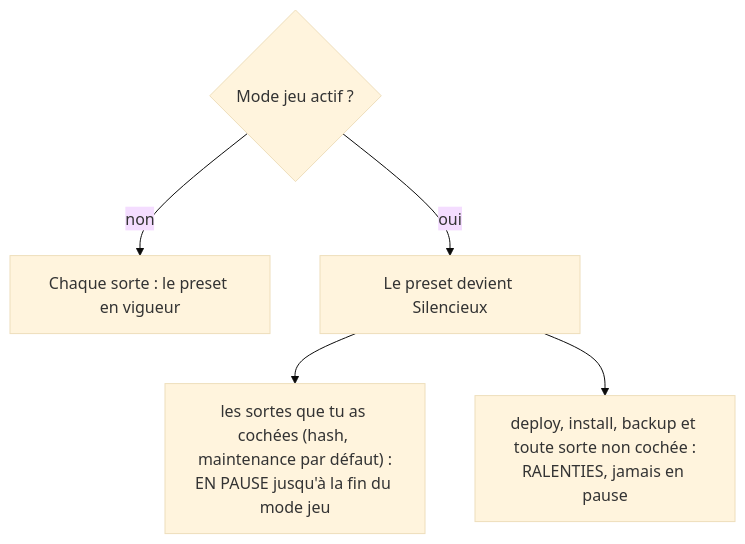
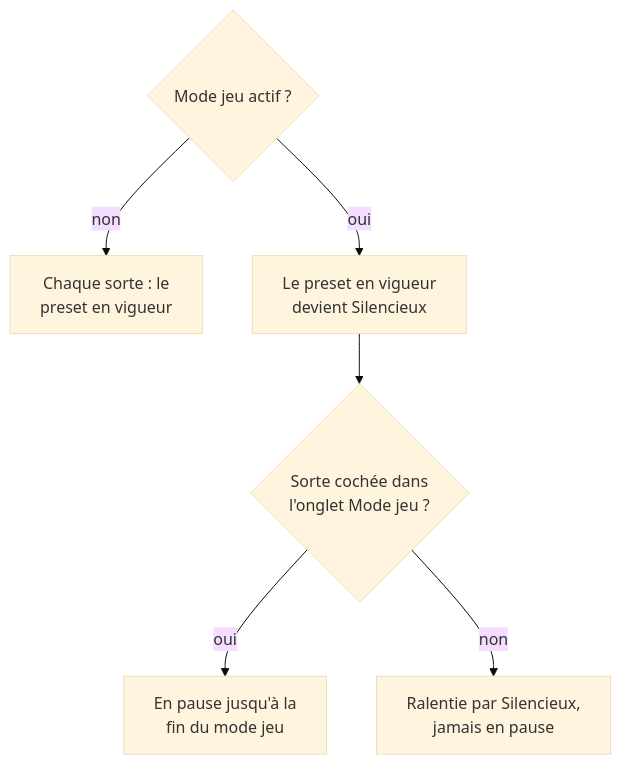
Before and after one commit to FreeProject089/BetterModsManager: the fifth of 7 diagrams in frontend/assets/docs/fr/how-it-works/resources.md, drawn with Mermaid (base theme). The commit also changed other lines of this file and 176 other files, not shown here.

````diff
--- a/frontend/assets/docs/fr/how-it-works/resources.md
+++ b/frontend/assets/docs/fr/how-it-works/resources.md
@@ -263,7 +263,8 @@
 ```mermaid
-flowchart TB
-    GM{"Mode jeu actif ?"} -- non --> N["Chaque sorte : le preset en vigueur"]
-    GM -- oui --> Q["Le preset devient Silencieux"]
-    Q --> BG["les sortes que tu as cochées (hash, maintenance par défaut) :<br/>EN PAUSE jusqu'à la fin du mode jeu"]
-    Q --> FG["deploy, install, backup et toute sorte non cochée :<br/>RALENTIES, jamais en pause"]
+flowchart TD
+    GM{"Mode jeu actif ?"} -- "non" --> N["Chaque sorte : le<br/>preset en vigueur"]
+    GM -- "oui" --> Q["Le preset en vigueur<br/>devient Silencieux"]
+    Q --> TICK{"Sorte cochée dans<br/>l'onglet Mode jeu ?"}
+    TICK -- "oui" --> PAUSED["En pause jusqu'à la<br/>fin du mode jeu"]
+    TICK -- "non" --> SLOW["Ralentie par Silencieux,<br/>jamais en pause"]
 ```
````
